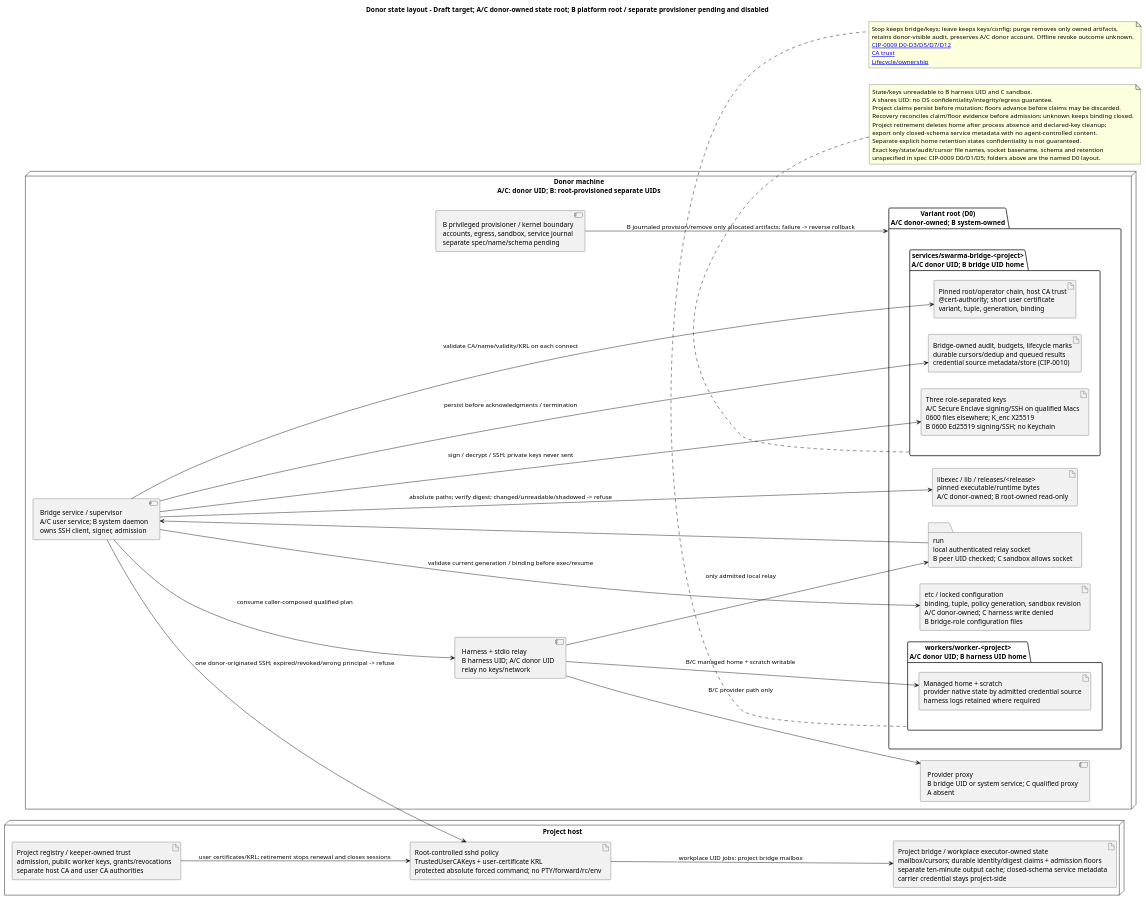
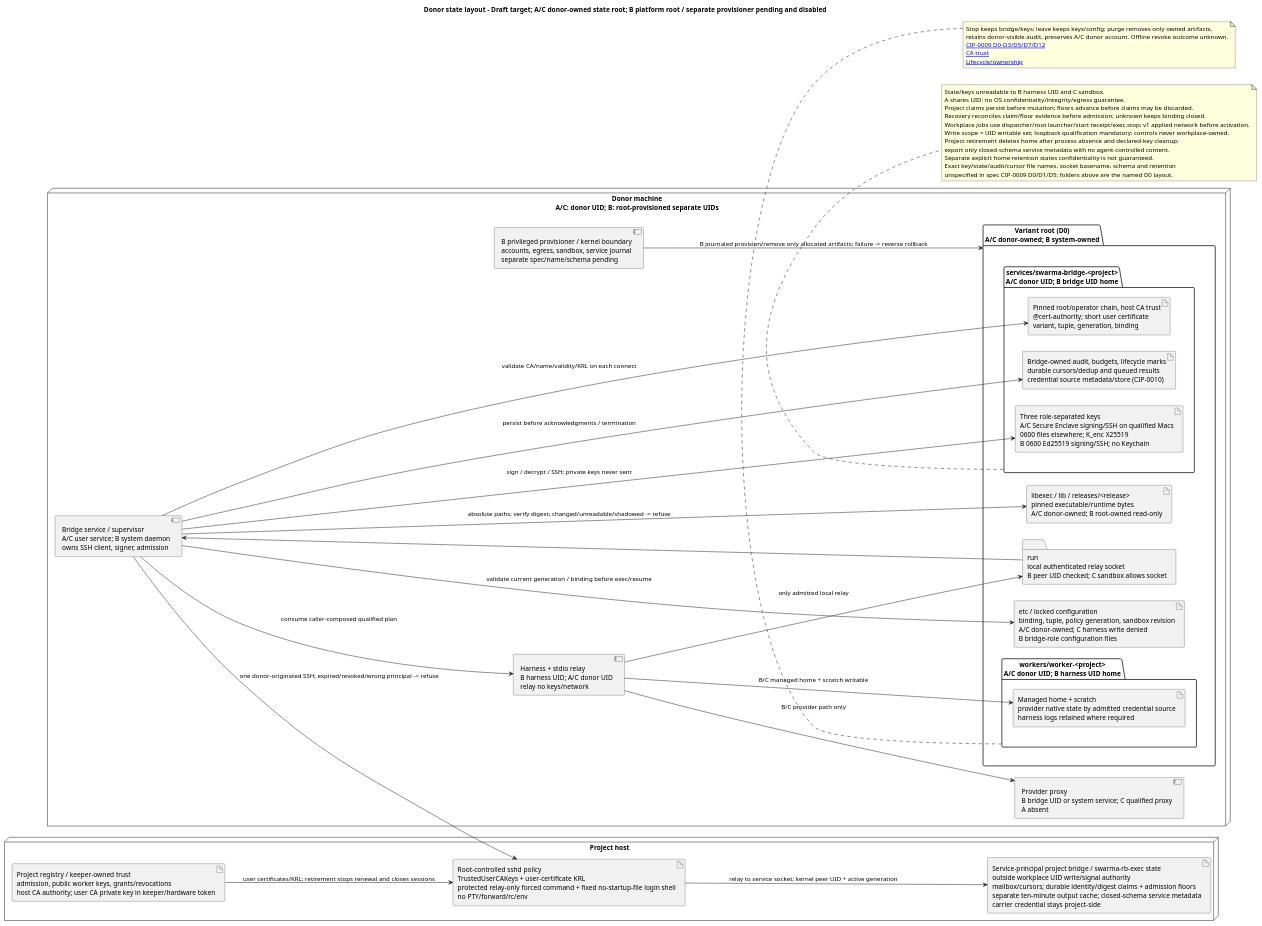
Before and after one commit to relux-works/curator-spec: the diagram in cips/diagrams/donor-layout.puml, drawn with PlantUML. The commit also changed 14 other files, not shown here.

First line of the commit message:
Apply review-findings wave 4 to the platform CIPs

```diff
--- a/cips/diagrams/donor-layout.puml
+++ b/cips/diagrams/donor-layout.puml
@@ -1,61 +1,63 @@
 @startuml donor-layout
-' Revision 2026-10-12: accepted review findings; Draft semantics, no renderer/qualification evidence.
+' Revision 2026-10-12: R-WORKPLACE service controls, helper-v1 activation and execution-level stops; Draft, no renderer/qualification evidence.
 title Donor state layout - Draft target; A/C donor-owned state root; B platform root / separate provisioner pending and disabled
 left to right direction
 node "Donor machine\nA/C: donor UID; B: root-provisioned separate UIDs" as D {
   folder "Variant root (D0)\nA/C donor-owned; B system-owned" as Root {
     artifact "libexec / lib / releases/<release>\npinned executable/runtime bytes\nA/C donor-owned; B root-owned read-only" as Binaries
     artifact "etc / locked configuration\nbinding, tuple, policy generation, sandbox revision\nA/C donor-owned; C harness write denied\nB bridge-role configuration files" as Config
     folder "services/swarma-bridge-<project>\nA/C donor UID; B bridge UID home" as BridgeHome {
       artifact "Three role-separated keys\nA/C Secure Enclave signing/SSH on qualified Macs\n0600 files elsewhere; K_enc X25519\nB 0600 Ed25519 signing/SSH; no Keychain" as Keys
       artifact "Bridge-owned audit, budgets, lifecycle marks\ndurable cursors/dedup and queued results\ncredential source metadata/store (CIP-0010)" as State
       artifact "Pinned root/operator chain, host CA trust\n@cert-authority; short user certificate\nvariant, tuple, generation, binding" as Trust
     }
     folder "workers/worker-<project>\nA/C donor UID; B harness UID home" as WorkerHome {
       artifact "Managed home + scratch\nprovider native state by admitted credential source\nharness logs retained where required" as Home
     }
     folder "run\nlocal authenticated relay socket\nB peer UID checked; C sandbox allows socket" as Socket
   }
   component "Bridge service / supervisor\nA/C user service; B system daemon\nowns SSH client, signer, admission" as Bridge
   component "Harness + stdio relay\nB harness UID; A/C donor UID\nrelay no keys/network" as Harness
   component "Provider proxy\nB bridge UID or system service; C qualified proxy\nA absent" as Proxy
   component "B privileged provisioner / kernel boundary\naccounts, egress, sandbox, service journal\nseparate spec/name/schema pending" as Provisioner
 }
 node "Project host" as P {
-  artifact "Root-controlled sshd policy\nTrustedUserCAKeys + user-certificate KRL\nprotected absolute forced command; no PTY/forward/rc/env" as SSHPolicy
-  artifact "Project registry / keeper-owned trust\nadmission, public worker keys, grants/revocations\nseparate host CA and user CA authorities" as Registry
-  artifact "Project bridge / workplace executor-owned state\nmailbox/cursors; durable identity/digest claims + admission floors\nseparate ten-minute output cache; closed-schema service metadata\ncarrier credential stays project-side" as Mailbox
+  artifact "Root-controlled sshd policy\nTrustedUserCAKeys + user-certificate KRL\nprotected relay-only forced command + fixed no-startup-file login shell\nno PTY/forward/rc/env" as SSHPolicy
+  artifact "Project registry / keeper-owned trust\nadmission, public worker keys, grants/revocations\nhost CA authority; user CA private key in keeper/hardware token" as Registry
+  artifact "Service-principal project bridge / swarma-rb-exec state\noutside workplace UID write/signal authority\nmailbox/cursors; durable identity/digest claims + admission floors\nseparate ten-minute output cache; closed-schema service metadata\ncarrier credential stays project-side" as Mailbox
 }
 Bridge --> Keys : sign / decrypt / SSH; private keys never sent
 Bridge --> State : persist before acknowledgments / termination
 Bridge --> Trust : validate CA/name/validity/KRL on each connect
 Bridge --> Config : validate current generation / binding before exec/resume
 Bridge --> Binaries : absolute paths; verify digest; changed/unreadable/shadowed -> refuse
 Bridge --> Harness : consume caller-composed qualified plan
 Harness --> Home : B/C managed home + scratch writable
 Harness --> Socket : only admitted local relay
 Socket --> Bridge
 Harness --> Proxy : B/C provider path only
 Bridge --> SSHPolicy : one donor-originated SSH; expired/revoked/wrong principal -> refuse
-SSHPolicy --> Mailbox : workplace UID jobs; project bridge mailbox
+SSHPolicy --> Mailbox : relay to service socket; kernel peer UID + active generation
 Registry --> SSHPolicy : user certificates/KRL; retirement stops renewal and closes sessions
 Provisioner --> Root : B journaled provision/remove only allocated artifacts; failure -> reverse rollback
 note bottom of BridgeHome
   State/keys unreadable to B harness UID and C sandbox.
   A shares UID: no OS confidentiality/integrity/egress guarantee.
   Project claims persist before mutation; floors advance before claims may be discarded.
   Recovery reconciles claim/floor evidence before admission; unknown keeps binding closed.
+  Workplace jobs use dispatcher/root launcher/start receipt/exec.stop; v1 applied network before activation.
+  Write scope = UID writable set; loopback qualification mandatory; controls never workplace-owned.
   Project retirement deletes home after process absence and declared-key cleanup;
   export only closed-schema service metadata with no agent-controlled content.
   Separate explicit home retention states confidentiality is not guaranteed.
   Exact key/state/audit/cursor file names, socket basename, schema and retention
   unspecified in spec CIP-0009 D0/D1/D5; folders above are the named D0 layout.
 end note
 note bottom of WorkerHome
   Stop keeps bridge/keys; leave keeps keys/config; purge removes only owned artifacts,
   retains donor-visible audit, preserves A/C donor account. Offline revoke outcome unknown.
   [[../CIP-0009-donor-side-deployment-and-bridge.md#recommendation CIP-0009 D0-D3/D5/D7/D12]]
   [[../../protocol/remote-worker.md#trust-and-ssh CA trust]]
   [[../../protocol/remote-worker.md#tools-mailbox-and-lifecycle Lifecycle/ownership]]
 end note
 @enduml
```
